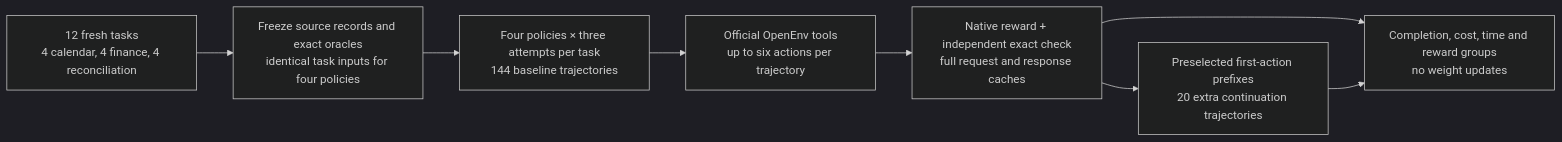
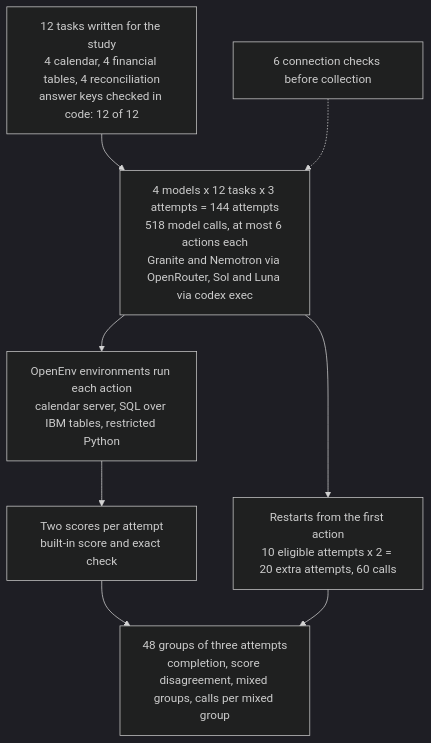
The first of 3 diagrams in notebooks/25-knowledge-work-rollouts/README.md (k-sandhu/experiment-notebooks), drawn with Mermaid (dark theme) before and after one commit. The commit also changed other lines of this file and 2 other files, not shown here.

First line of the commit message:
Rewrite notebook 25 text as one account of the study

````diff
--- a/notebooks/25-knowledge-work-rollouts/README.md
+++ b/notebooks/25-knowledge-work-rollouts/README.md
@@ -48,10 +122,11 @@
 ```mermaid
-flowchart LR
-    data["12 fresh tasks<br/>4 calendar, 4 finance, 4 reconciliation"] --> prep["Freeze source records and exact oracles<br/>identical task inputs for four policies"]
-    prep --> model["Four policies × three attempts per task<br/>144 baseline trajectories"]
-    model --> tools["Official OpenEnv tools<br/>up to six actions per trajectory"]
-    tools --> score["Native reward + independent exact check<br/>full request and response caches"]
-    score --> fork["Preselected first-action prefixes<br/>20 extra continuation trajectories"]
-    score --> results["Completion, cost, time and reward groups<br/>no weight updates"]
-    fork --> results
+flowchart TD
+    A["12 tasks written for the study<br/>4 calendar, 4 financial tables, 4 reconciliation<br/>answer keys checked in code: 12 of 12"] --> B
+    B["4 models x 12 tasks x 3 attempts = 144 attempts<br/>518 model calls, at most 6 actions each<br/>Granite and Nemotron via OpenRouter, Sol and Luna via codex exec"] --> C
+    C["OpenEnv environments run each action<br/>calendar server, SQL over IBM tables, restricted Python"] --> D
+    D["Two scores per attempt<br/>built-in score and exact check"] --> E
+    E["48 groups of three attempts<br/>completion, score disagreement, mixed groups, calls per mixed group"]
+    B --> F["Restarts from the first action<br/>10 eligible attempts x 2 = 20 extra attempts, 60 calls"]
+    F --> E
+    G["6 connection checks before collection"] -.-> B
 ```
````
